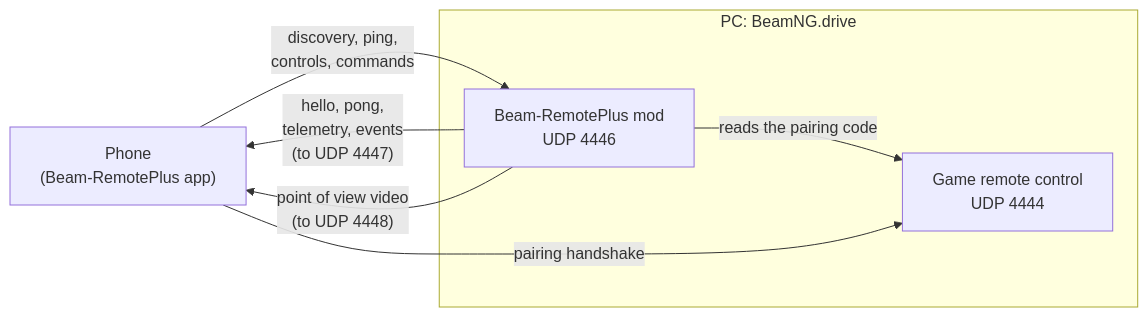
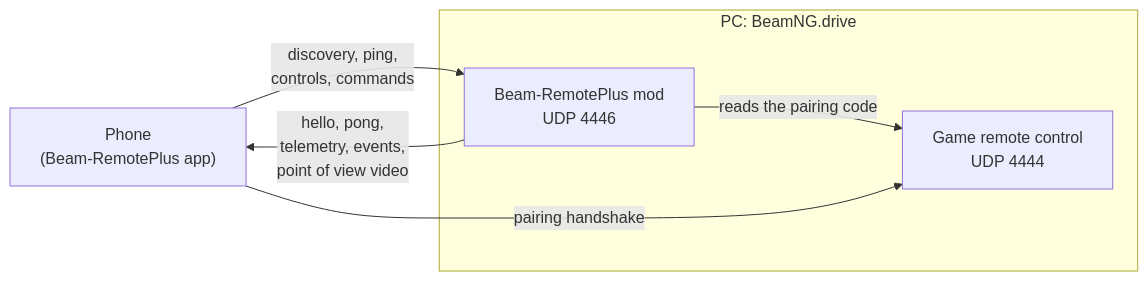
The diagram in README.md (LucienLassalle/Beam-RemotePlus-Mod), drawn with Mermaid before and after one commit. The commit also changed other lines of this file, not shown here.

````diff
--- a/README.md
+++ b/README.md
@@ -125,13 +120,12 @@
 ```mermaid
 flowchart LR
     phone["Phone<br/>(Beam-RemotePlus app)"]
     subgraph pc["PC: BeamNG.drive"]
         mod["Beam-RemotePlus mod<br/>UDP 4446"]
         native["Game remote control<br/>UDP 4444"]
         mod -- "reads the pairing code" --> native
     end
     phone -- "discovery, ping,<br/>controls, commands" --> mod
-    mod -- "hello, pong,<br/>telemetry, events<br/>(to UDP 4447)" --> phone
-    mod -- "point of view video<br/>(to UDP 4448)" --> phone
+    mod -- "hello, pong,<br/>telemetry, events,<br/>point of view video" --> phone
     phone -- "pairing handshake" --> native
 ```
````
